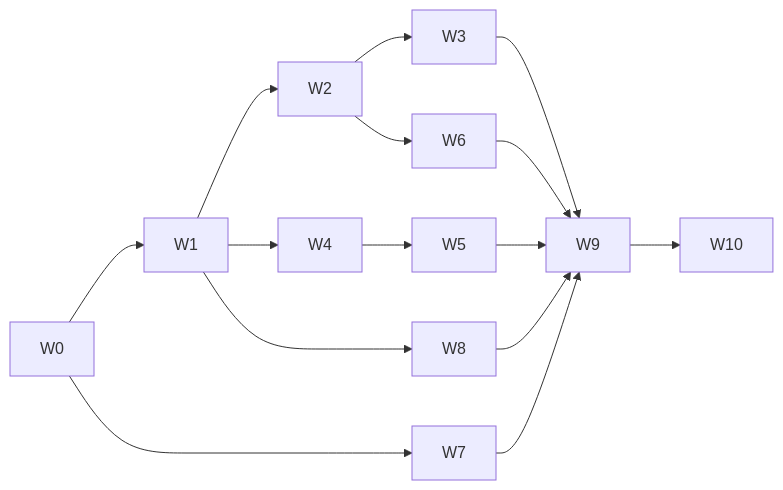
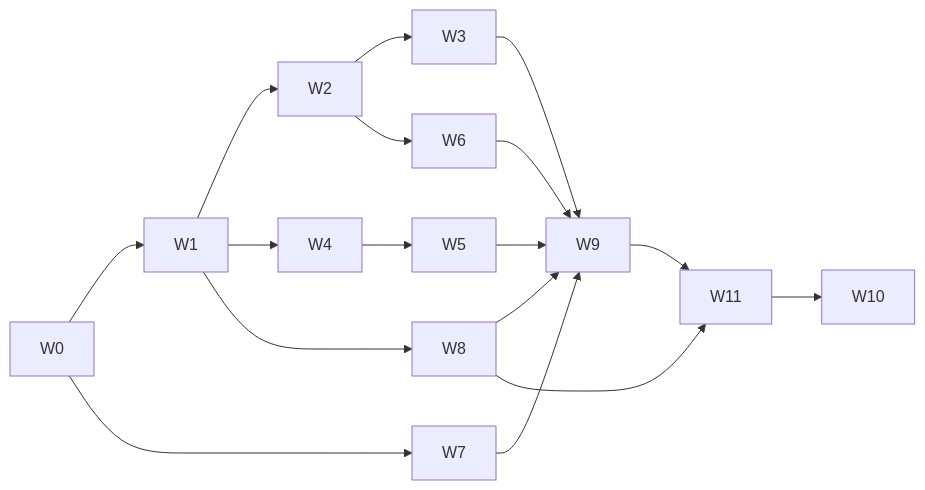
Before and after one commit to SmetaGPT/converter: the diagram in docs/production-roadmap.md, drawn with Mermaid. The commit also changed other lines of this file and 88 other files, not shown here.

````diff
--- a/docs/production-roadmap.md
+++ b/docs/production-roadmap.md
@@ -47,11 +63,12 @@
 ```mermaid
 graph LR
   W0 --> W1 --> W2 --> W3
   W1 --> W4 --> W5
   W2 --> W6 --> W9
   W0 --> W7 --> W9
   W1 --> W8 --> W9
   W3 --> W9
   W5 --> W9
-  W9 --> W10
+  W8 --> W11
+  W9 --> W11 --> W10
 ```
````
